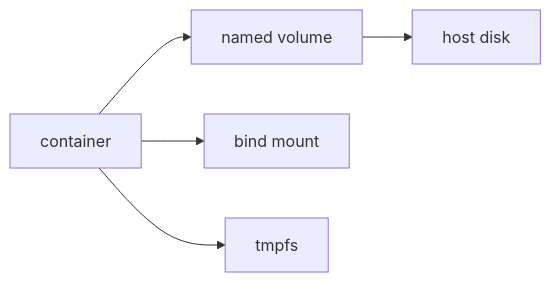
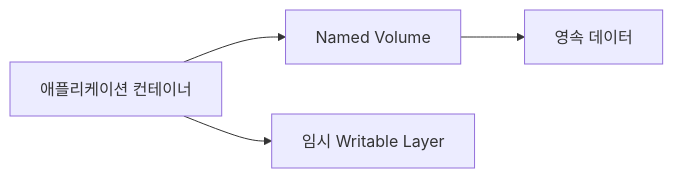
The diagram in docs/ko/containers-101/05-volume.md (yeongseon-books/book-content), drawn with Mermaid before and after one commit. The commit also changed other lines of this file and 4143 other files, not shown here.

````diff
--- a/docs/ko/containers-101/05-volume.md
+++ b/docs/ko/containers-101/05-volume.md
@@ -33,7 +468,6 @@
 ```mermaid
 flowchart LR
-    Container["container"] --> Volume["named volume"]
-    Container --> Bind["bind mount"]
-    Container --> Tmpfs["tmpfs"]
-    Volume --> Disk["host disk"]
+    A["애플리케이션 컨테이너"] --> V["Named Volume"]
+    V --> D["영속 데이터"]
+    A --> T["임시 Writable Layer"]
 ```
````
